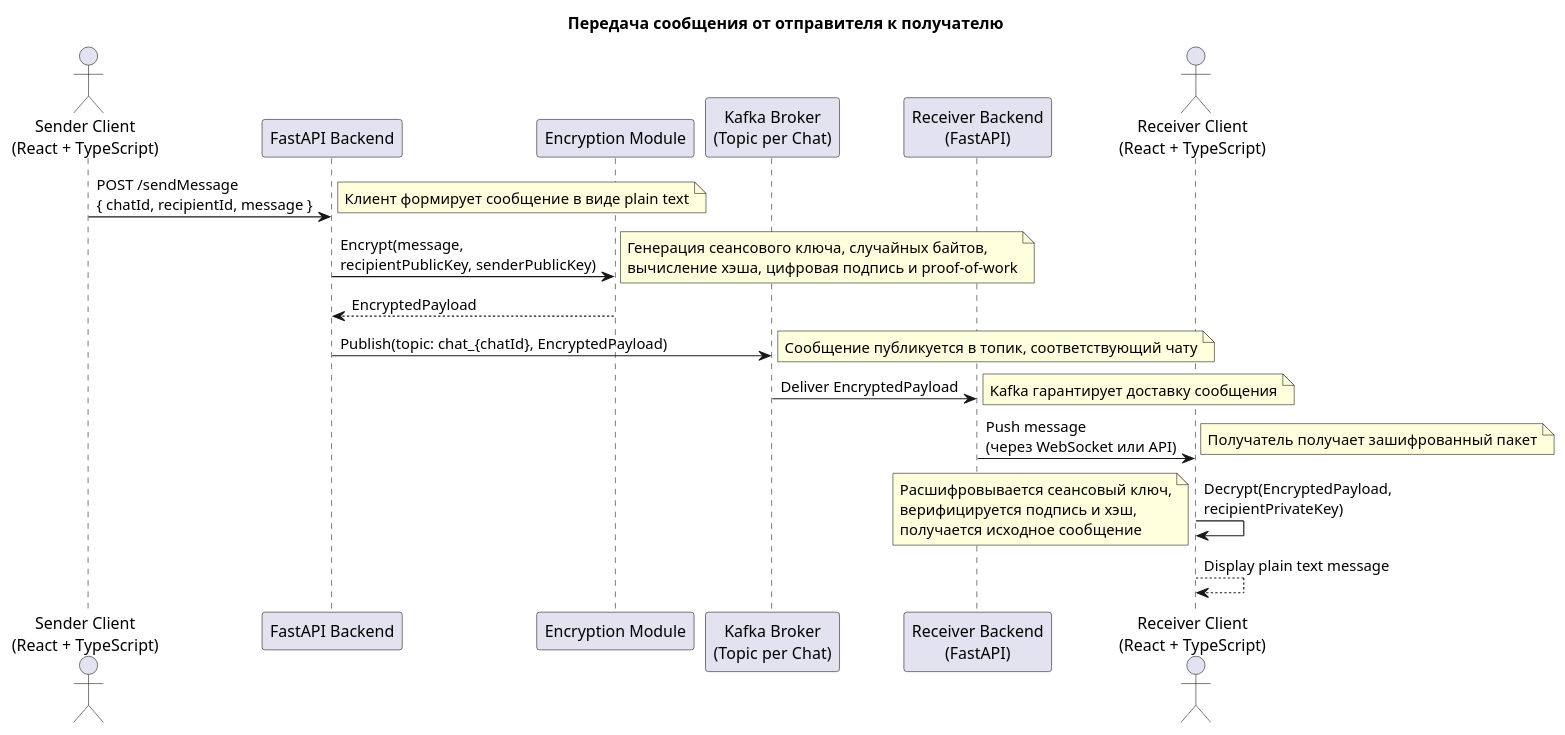
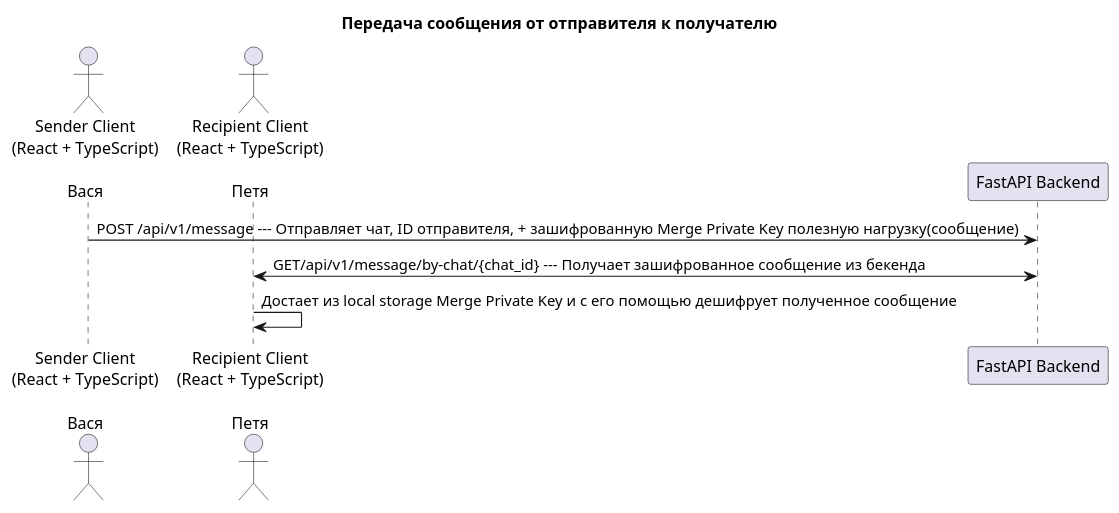
Before and after one commit to Max2288/secure-messenger: the diagram in docs/message_delivery.puml, drawn with PlantUML. The commit also changed 3 other files, not shown here.

```diff
--- a/docs/message_delivery.puml
+++ b/docs/message_delivery.puml
@@ -1,41 +1,15 @@
 @startuml
 title Передача сообщения от отправителя к получателю
+actor "Sender Client\n(React + TypeScript)\n\nВася" as Sender_Vasya
 
-actor "Sender Client\n(React + TypeScript)" as Sender
+actor "Recipient Client\n(React + TypeScript)\n\nПетя" as Recipient_Petya
+
 participant "FastAPI Backend" as Backend
-participant "Encryption Module" as Encrypt
-participant "Kafka Broker\n(Topic per Chat)" as Kafka
-participant "Receiver Backend\n(FastAPI)" as RecBackend
-actor "Receiver Client\n(React + TypeScript)" as Receiver
 
-' 1. Отправитель создает сообщение и посылает запрос на отправку
-Sender -> Backend: POST /sendMessage\n{ chatId, recipientId, message }
-note right: Клиент формирует сообщение в виде plain text
+Sender_Vasya-> Backend: POST /api/v1/message --- Отправляет чат, ID отправителя, + зашифрованную Merge Private Key полезную нагрузку(сообщение)
 
-' 2. Backend передает сообщение модулю шифрования
-Backend -> Encrypt: Encrypt(message,\nrecipientPublicKey, senderPublicKey)
-note right: Генерация сеансового ключа, случайных байтов,\nвычисление хэша, цифровая подпись и proof-of-work
+Recipient_Petya <-> Backend: GET/api/v1/message/by-chat/{chat_id} --- Получает зашифрованное сообщение из бекенда
 
-' 3. Модуль шифрования возвращает зашифрованный пакет
-Encrypt --> Backend: EncryptedPayload
-
-' 4. FastAPI публикует зашифрованное сообщение в Kafka
-Backend -> Kafka: Publish(topic: chat_{chatId}, EncryptedPayload)
-note right: Сообщение публикуется в топик, соответствующий чату
-
-' 5. Kafka доставляет сообщение Receiver Backend
-Kafka -> RecBackend: Deliver EncryptedPayload
-note right: Kafka гарантирует доставку сообщения
-
-' 6. Receiver Backend отправляет сообщение клиенту-получателю
-RecBackend -> Receiver: Push message\n(через WebSocket или API)
-note right: Получатель получает зашифрованный пакет
-
-' 7. Клиент-получатель производит дешифровку
-Receiver -> Receiver: Decrypt(EncryptedPayload,\nrecipientPrivateKey)
-note left: Расшифровывается сеансовый ключ,\nверифицируется подпись и хэш,\nполучается исходное сообщение
-
-' 8. Сообщение отображается получателю
-Receiver --> Receiver: Display plain text message
+Recipient_Petya  -> Recipient_Petya: Достает из local storage Merge Private Key и с его помощью дешифрует полученное сообщение
 
 @enduml
```
